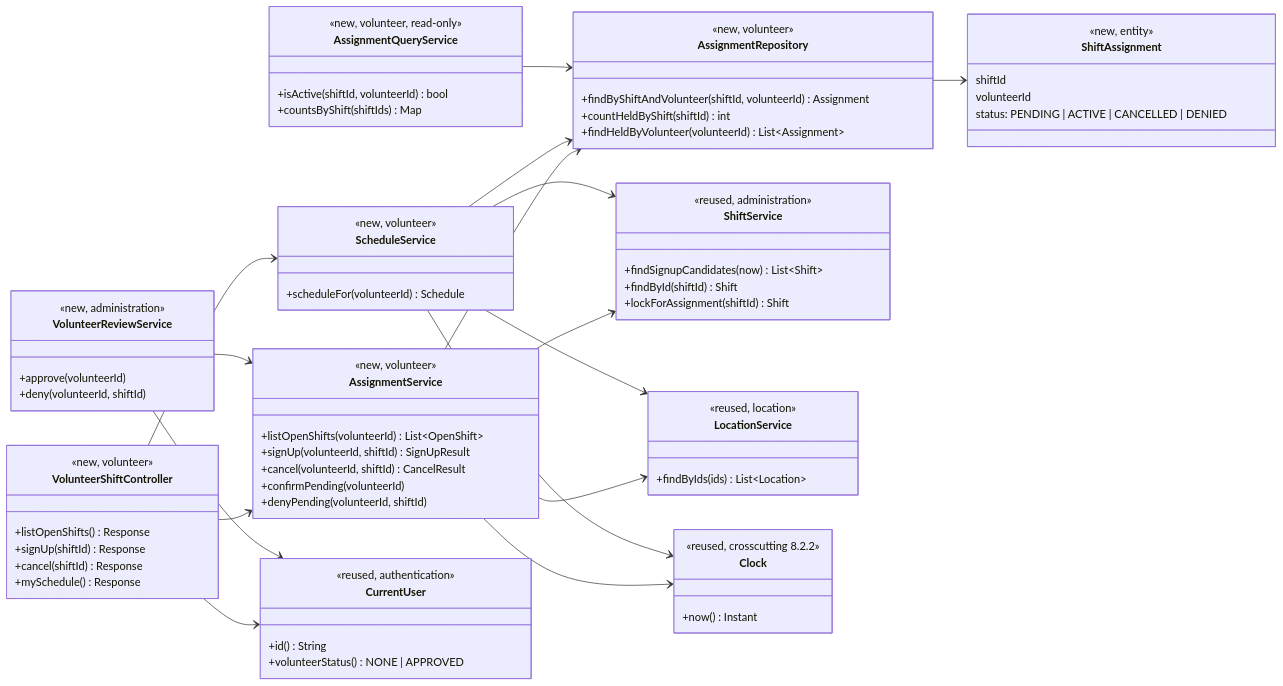
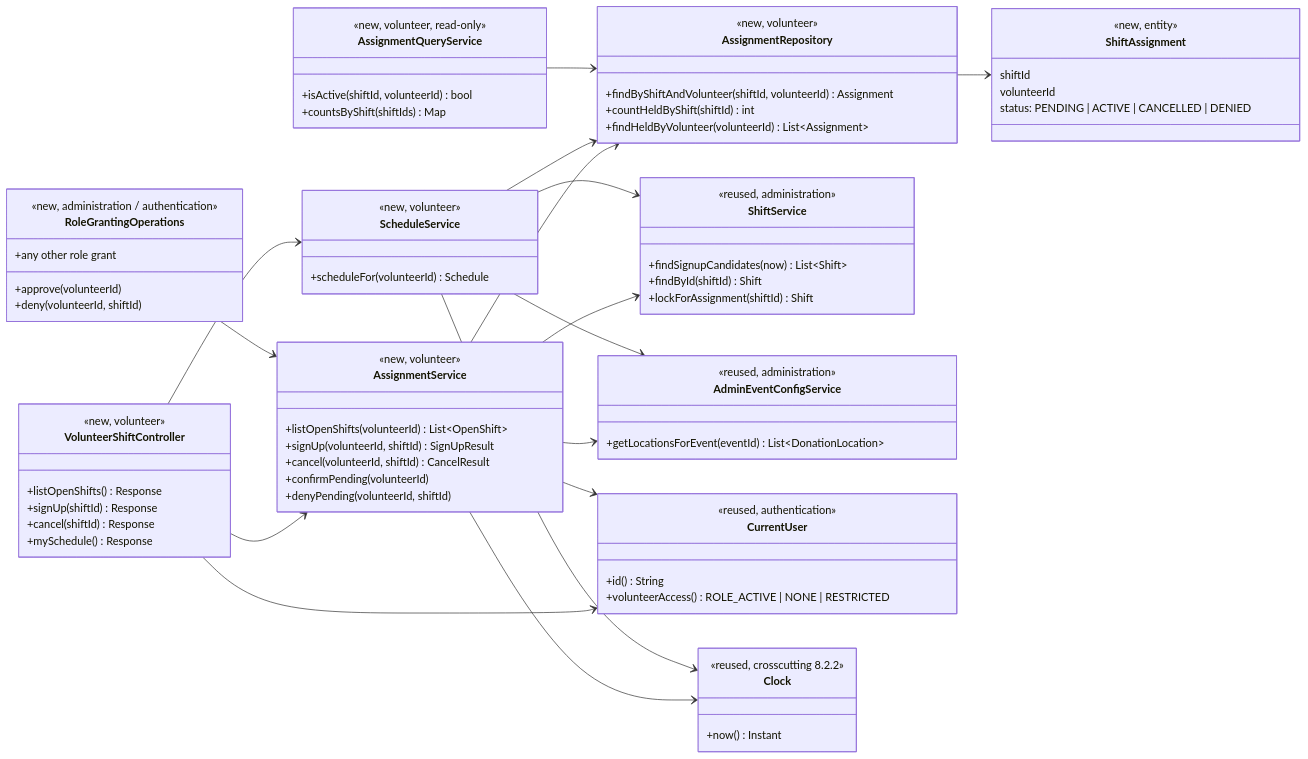
Before and after one commit to evelyntrann/cosc-40943-team-3-refrog: the first of 6 diagrams in docs/design/vol.md, drawn with Mermaid. The commit also changed other lines of this file and 5 other files, not shown here.

First line of the commit message:
docs: revise VOL design for UC-VOL-signup against the volunteer-role lifecycle

````diff
--- a/docs/design/vol.md
+++ b/docs/design/vol.md
@@ -55,79 +55,80 @@
 ```mermaid
 classDiagram
     direction LR
     class VolunteerShiftController {
         <<new, volunteer>>
         +listOpenShifts() Response
         +signUp(shiftId) Response
         +cancel(shiftId) Response
         +mySchedule() Response
     }
     class AssignmentService {
         <<new, volunteer>>
         +listOpenShifts(volunteerId) List~OpenShift~
         +signUp(volunteerId, shiftId) SignUpResult
         +cancel(volunteerId, shiftId) CancelResult
         +confirmPending(volunteerId)
         +denyPending(volunteerId, shiftId)
     }
-    class VolunteerReviewService {
-        <<new, administration>>
+    class RoleGrantingOperations {
+        <<new, administration / authentication>>
         +approve(volunteerId)
         +deny(volunteerId, shiftId)
+        +any other role grant
     }
     class ScheduleService {
         <<new, volunteer>>
         +scheduleFor(volunteerId) Schedule
     }
     class AssignmentRepository {
         <<new, volunteer>>
         +findByShiftAndVolunteer(shiftId, volunteerId) Assignment
         +countHeldByShift(shiftId) int
         +findHeldByVolunteer(volunteerId) List~Assignment~
     }
     class AssignmentQueryService {
         <<new, volunteer, read-only>>
         +isActive(shiftId, volunteerId) bool
         +countsByShift(shiftIds) Map
     }
     class ShiftAssignment {
         <<new, entity>>
         shiftId
         volunteerId
         status: PENDING | ACTIVE | CANCELLED | DENIED
     }
     class ShiftService {
         <<reused, administration>>
         +findSignupCandidates(now) List~Shift~
         +findById(shiftId) Shift
         +lockForAssignment(shiftId) Shift
     }
-    class LocationService {
-        <<reused, location>>
-        +findByIds(ids) List~Location~
+    class AdminEventConfigService {
+        <<reused, administration>>
+        +getLocationsForEvent(eventId) List~DonationLocation~
     }
     class CurrentUser {
         <<reused, authentication>>
         +id() String
-        +volunteerStatus() NONE | APPROVED
+        +volunteerAccess() ROLE_ACTIVE | NONE | RESTRICTED
     }
     class Clock {
         <<reused, crosscutting 8.2.2>>
         +now() Instant
     }
     VolunteerShiftController --> AssignmentService
     VolunteerShiftController --> ScheduleService
     VolunteerShiftController --> CurrentUser
     AssignmentService --> AssignmentRepository
     AssignmentService --> ShiftService
-    AssignmentService --> LocationService
+    AssignmentService --> AdminEventConfigService
+    AssignmentService --> CurrentUser
     AssignmentService --> Clock
     ScheduleService --> AssignmentRepository
     ScheduleService --> ShiftService
-    ScheduleService --> LocationService
+    ScheduleService --> AdminEventConfigService
     ScheduleService --> Clock
     AssignmentQueryService --> AssignmentRepository
     AssignmentRepository --> ShiftAssignment
-    VolunteerReviewService --> AssignmentService
-    VolunteerReviewService --> CurrentUser
+    RoleGrantingOperations --> AssignmentService
 ```
````
